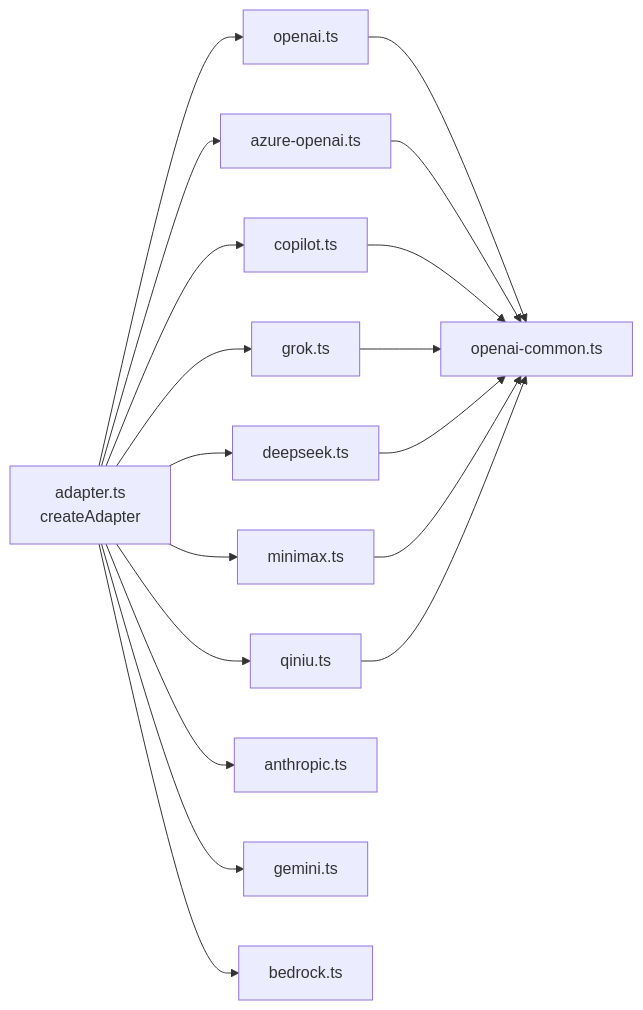
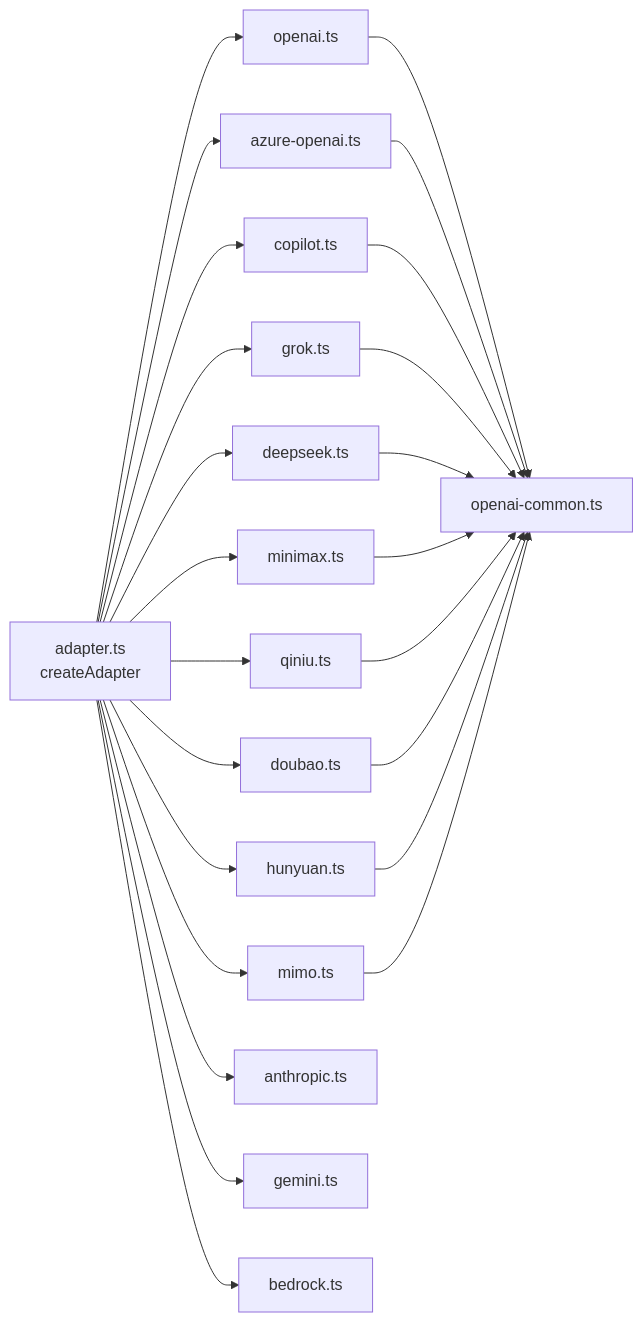
The third of 3 diagrams in .qoder/repowiki/zh/content/LLM 适配器/内置提供商/内置提供商.md (haolange/open-multi-agent), drawn with Mermaid before and after one commit. The commit also changed other lines of this file and 5 other files, not shown here.

````diff
--- a/.qoder/repowiki/zh/content/LLM 适配器/内置提供商/内置提供商.md
+++ b/.qoder/repowiki/zh/content/LLM 适配器/内置提供商/内置提供商.md
@@ -287,20 +376,26 @@
 ```mermaid
 graph LR
 AD["adapter.ts<br/>createAdapter"] --> OA["openai.ts"]
 AD --> AZA["azure-openai.ts"]
 AD --> COP["copilot.ts"]
 AD --> GR["grok.ts"]
 AD --> DS["deepseek.ts"]
 AD --> MM["minimax.ts"]
 AD --> QN["qiniu.ts"]
+AD --> DB["doubao.ts"]
+AD --> HY["hunyuan.ts"]
+AD --> MO["mimo.ts"]
 OA --> OAC["openai-common.ts"]
 AZA --> OAC
 COP --> OAC
 GR --> OAC
 DS --> OAC
 MM --> OAC
 QN --> OAC
+DB --> OAC
+HY --> OAC
+MO --> OAC
 AD --> AN["anthropic.ts"]
 AD --> GE["gemini.ts"]
 AD --> BR["bedrock.ts"]
 ```
````
